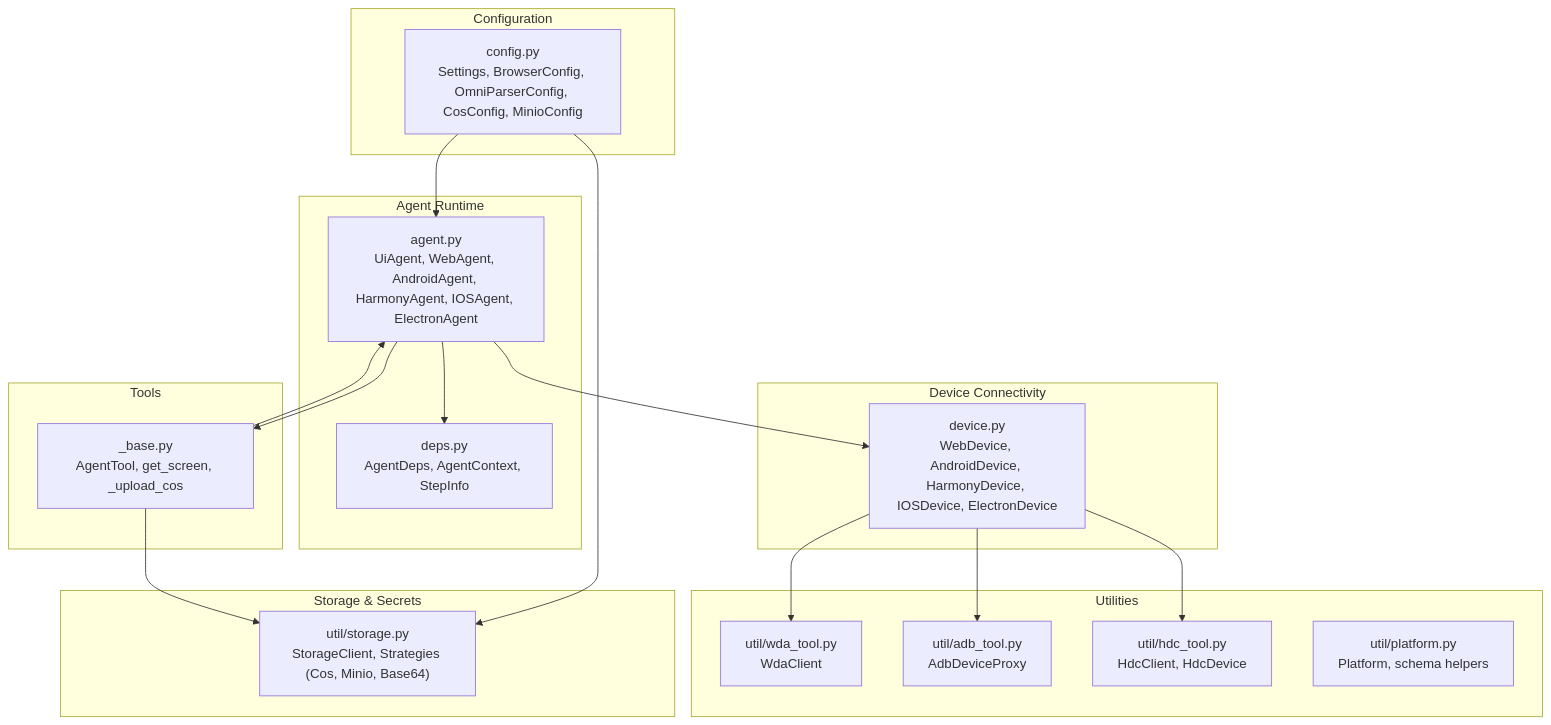
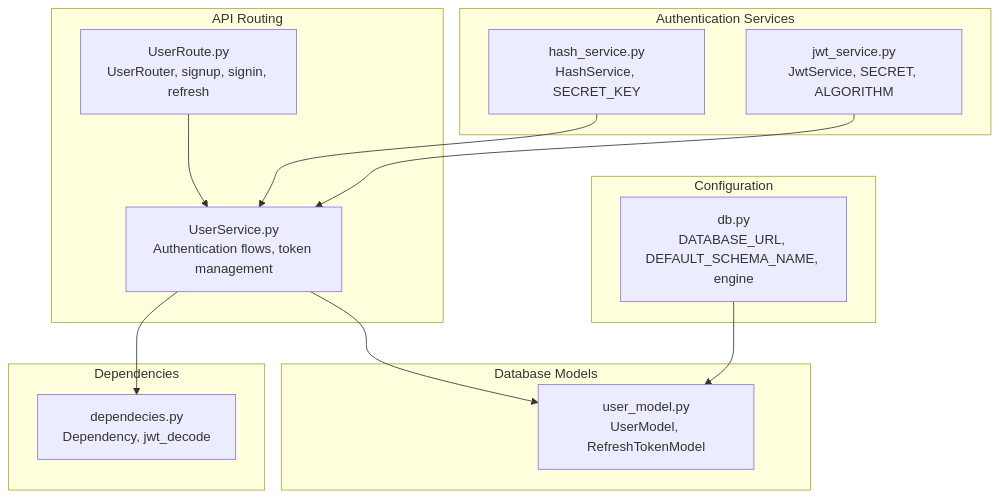
One commit to srikant-panda/auth-service changed the first of 4 diagrams in .qoder/repowiki/en/content/Advanced Topics/Security and Compliance.md. Above: the diagram before and after it, drawn with Mermaid. The commit also changed other lines of this file and 9 other files, not shown here.

````diff
--- a/.qoder/repowiki/en/content/Advanced Topics/Security and Compliance.md
+++ b/.qoder/repowiki/en/content/Advanced Topics/Security and Compliance.md
@@ -42,35 +50,26 @@
 ```mermaid
 graph TB
 subgraph "Configuration"
-CFG["config.py<br/>Settings, BrowserConfig, OmniParserConfig, CosConfig, MinioConfig"]
+CFG["db.py<br/>DATABASE_URL, DEFAULT_SCHEMA_NAME, engine"]
 end
-subgraph "Device Connectivity"
-DEV["device.py<br/>WebDevice, AndroidDevice, HarmonyDevice, IOSDevice, ElectronDevice"]
+subgraph "Authentication Services"
+JWT["jwt_service.py<br/>JwtService, SECRET, ALGORITHM"]
+HASH["hash_service.py<br/>HashService, SECRET_KEY"]
 end
-subgraph "Storage & Secrets"
-ST["util/storage.py<br/>StorageClient, Strategies (Cos, Minio, Base64)"]
+subgraph "Database Models"
+UM["user_model.py<br/>UserModel, RefreshTokenModel"]
 end
-subgraph "Agent Runtime"
-AG["agent.py<br/>UiAgent, WebAgent, AndroidAgent, HarmonyAgent, IOSAgent, ElectronAgent"]
-DEPS["deps.py<br/>AgentDeps, AgentContext, StepInfo"]
+subgraph "API Routing"
+UR["UserRoute.py<br/>UserRouter, signup, signin, refresh"]
+US["UserService.py<br/>Authentication flows, token management"]
 end
-subgraph "Tools"
-TB["_base.py<br/>AgentTool, get_screen, _upload_cos"]
+subgraph "Dependencies"
+DEP["dependecies.py<br/>Dependency, jwt_decode"]
 end
-subgraph "Utilities"
-WDA["util/wda_tool.py<br/>WdaClient"]
-ADB["util/adb_tool.py<br/>AdbDeviceProxy"]
-HDC["util/hdc_tool.py<br/>HdcClient, HdcDevice"]
-PLAT["util/platform.py<br/>Platform, schema helpers"]
-end
-CFG --> ST
-CFG --> AG
-AG --> DEV
-AG --> DEPS
-TB --> ST
-TB --> AG
-DEV --> WDA
-DEV --> ADB
-DEV --> HDC
-AG --> TB
+CFG --> UM
+JWT --> US
+HASH --> US
+UR --> US
+US --> UM
+US --> DEP
 ```
````
